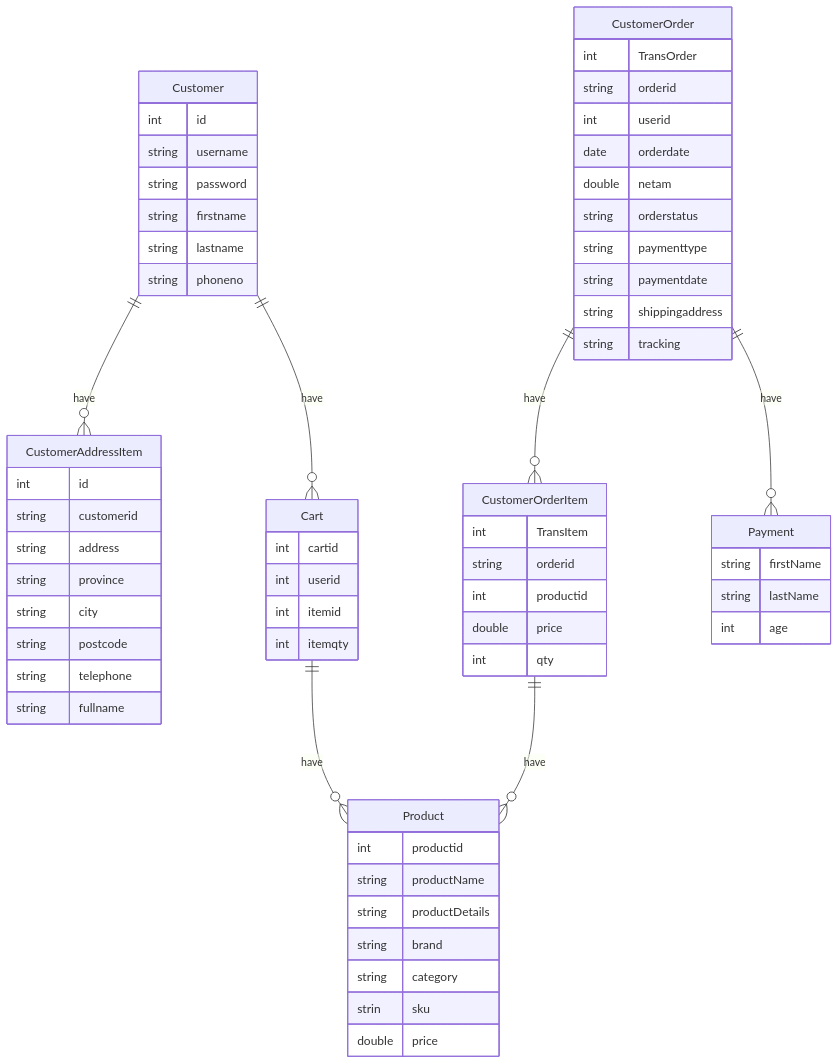
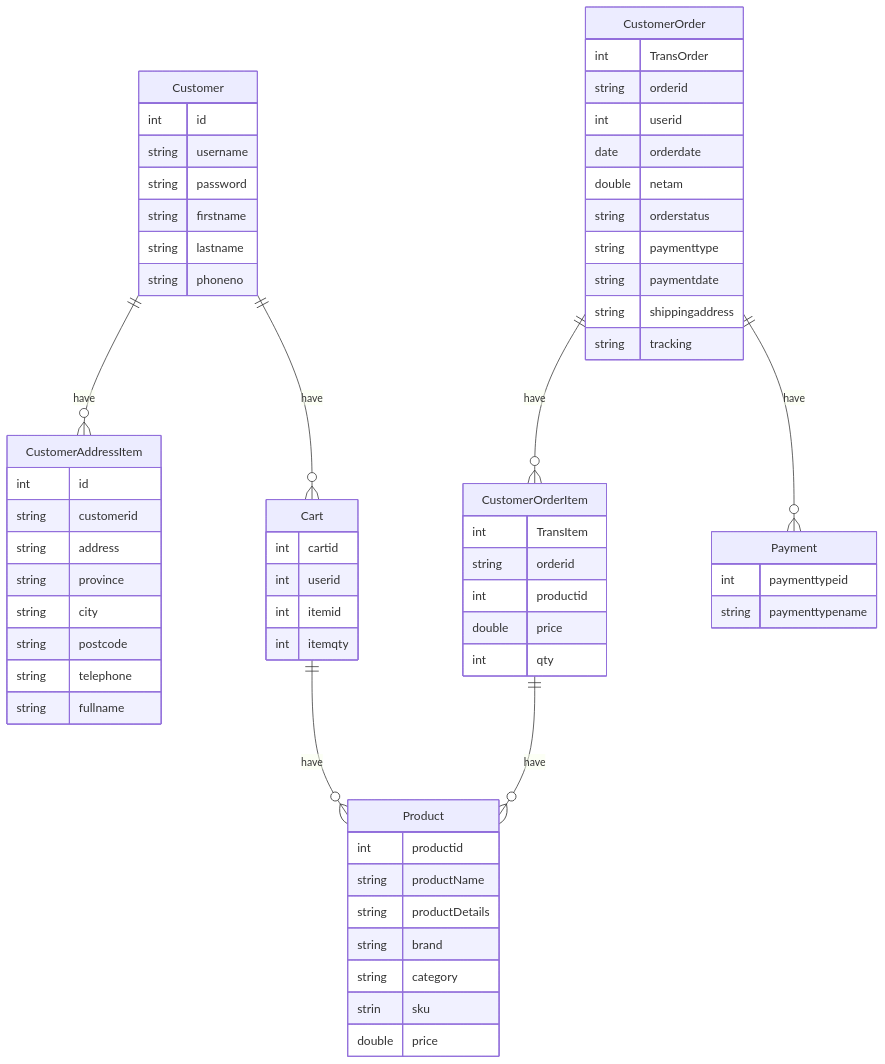
Before and after one commit to angkhanalil/assignment-java-boot-camp: the diagram in Database.MD, drawn with Mermaid.

````diff
--- a/Database.MD
+++ b/Database.MD
@@ -1,71 +1,71 @@
 ```mermaid
 erDiagram
    Customer ||--o{ CustomerAddressItem  : have  
     Customer {
         int id
         string username
         string password
         string firstname
         string lastname
         string phoneno
     }
     
     CustomerAddressItem {
         int id
         string customerid
         string address
         string province
         string city
         string postcode
         string telephone
         string fullname
     }
     Customer ||--o{ Cart : have 
     
     Cart {
         int cartid
         int userid
         int itemid
         int itemqty 
     }
     Cart ||--o{ Product : have
     Product {
         int productid
         string productName
         string productDetails
         string brand
         string category
         strin sku
         double price
     } 
     
     CustomerOrder {
         int TransOrder
         string orderid
         int userid
         date orderdate
         double netam
         string orderstatus
         string paymenttype
         string paymentdate
         string shippingaddress
         string tracking
     }
      
     CustomerOrder ||--o{ CustomerOrderItem : have 
     CustomerOrderItem {
         int TransItem
         string orderid
         int productid
         double price
         int qty
     }
     CustomerOrderItem ||--o{ Product : have
     CustomerOrder ||--o{ Payment : have 
-    Payment {
-        string firstName
-        string lastName
-        int age
+     Payment {
+        int paymenttypeid
+        string paymenttypename
+       
     }
     
 ```
````
